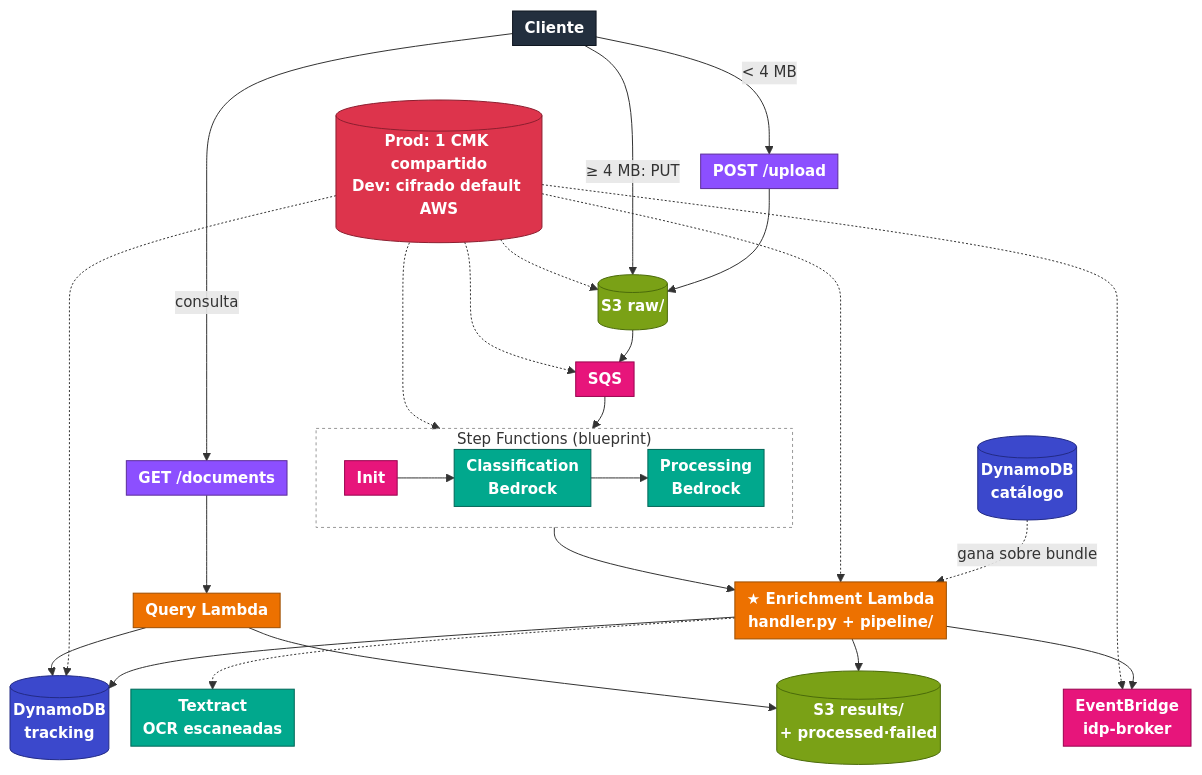
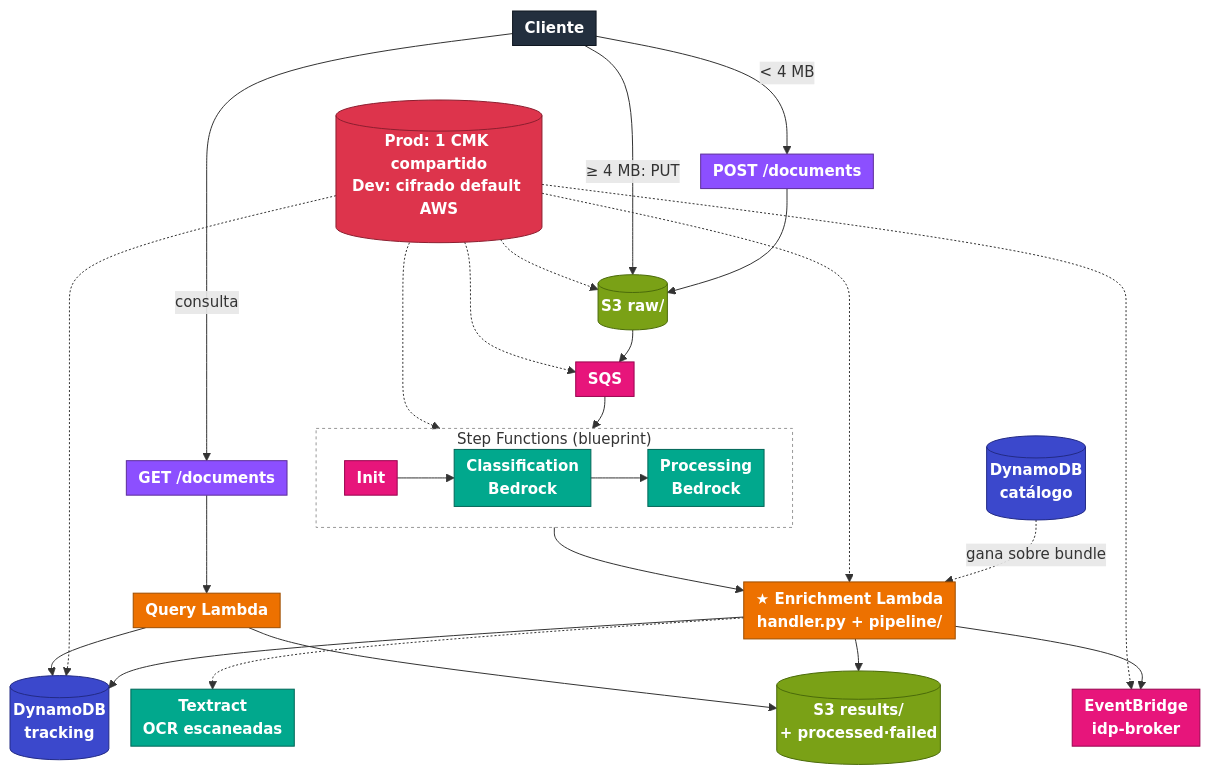
One commit to LuisHM5/idp changed the diagram in documentacion/diagrams/arquitectura-aws.mmd. Above: the diagram before and after it, drawn with Mermaid. The commit also changed 16 other files, not shown here.

First line of the commit message:
Refactor API endpoint from /upload to /documents

```diff
--- a/documentacion/diagrams/arquitectura-aws.mmd
+++ b/documentacion/diagrams/arquitectura-aws.mmd
@@ -1,56 +1,56 @@
 %%{init: {'flowchart': {'nodeSpacing': 22, 'rankSpacing': 32, 'padding': 6, 'curve': 'basis'}, 'themeVariables': {'fontSize': '15px'}}}%%
 flowchart TB
     CLIENTE["Cliente"]:::client
 
-    UP["POST /upload"]:::network
+    UP["POST /documents"]:::network
     QG["GET /documents"]:::network
 
     RAW[("S3 raw/")]:::storage
     SQS["SQS"]:::integration
 
     subgraph SFN["Step Functions (blueprint)"]
         direction LR
         INIT["Init"] --> CLS["Classification<br/>Bedrock"] --> PROC["Processing<br/>Bedrock"]
     end
 
     LAMBDA["★ Enrichment Lambda<br/>handler.py + pipeline/"]:::compute
     TX["Textract<br/>OCR escaneadas"]:::ml
 
     RES[("S3 results/<br/>+ processed·failed")]:::storage
     DDBT[("DynamoDB<br/>tracking")]:::database
     DDBC[("DynamoDB<br/>catálogo")]:::database
     EB["EventBridge<br/>idp-broker"]:::integration
     KMSN[("Prod: 1 CMK compartido<br/>Dev: cifrado default AWS")]:::security
     QL["Query Lambda"]:::compute
 
     CLIENTE -->|"< 4 MB"| UP --> RAW
     CLIENTE -->|"≥ 4 MB: PUT"| RAW
     RAW --> SQS --> SFN --> LAMBDA
     LAMBDA --> RES
     LAMBDA --> DDBT
     LAMBDA --> EB
     LAMBDA -.-> TX
     DDBC -.->|"gana sobre bundle"| LAMBDA
     KMSN -.-> RAW
     KMSN -.-> SQS
     KMSN -.-> SFN
     KMSN -.-> DDBT
     KMSN -.-> EB
     KMSN -.-> LAMBDA
 
     CLIENTE -->|"consulta"| QG --> QL
     QL --> DDBT
     QL --> RES
 
     classDef compute fill:#ED7100,stroke:#9D4E00,color:#fff,font-weight:bold
     classDef storage fill:#7AA116,stroke:#4B6B0B,color:#fff,font-weight:bold
     classDef database fill:#3B48CC,stroke:#232B85,color:#fff,font-weight:bold
     classDef integration fill:#E7157B,stroke:#99034F,color:#fff,font-weight:bold
     classDef network fill:#8C4FFF,stroke:#5C2D99,color:#fff,font-weight:bold
     classDef security fill:#DD344C,stroke:#8C1F30,color:#fff,font-weight:bold
     classDef ml fill:#01A88D,stroke:#016657,color:#fff,font-weight:bold
     classDef client fill:#232F3E,stroke:#0F1620,color:#fff,font-weight:bold
 
     class INIT integration
     class CLS,PROC ml
     style SFN fill:transparent,stroke:#999,stroke-width:1px,stroke-dasharray: 3 3,color:#333
```
